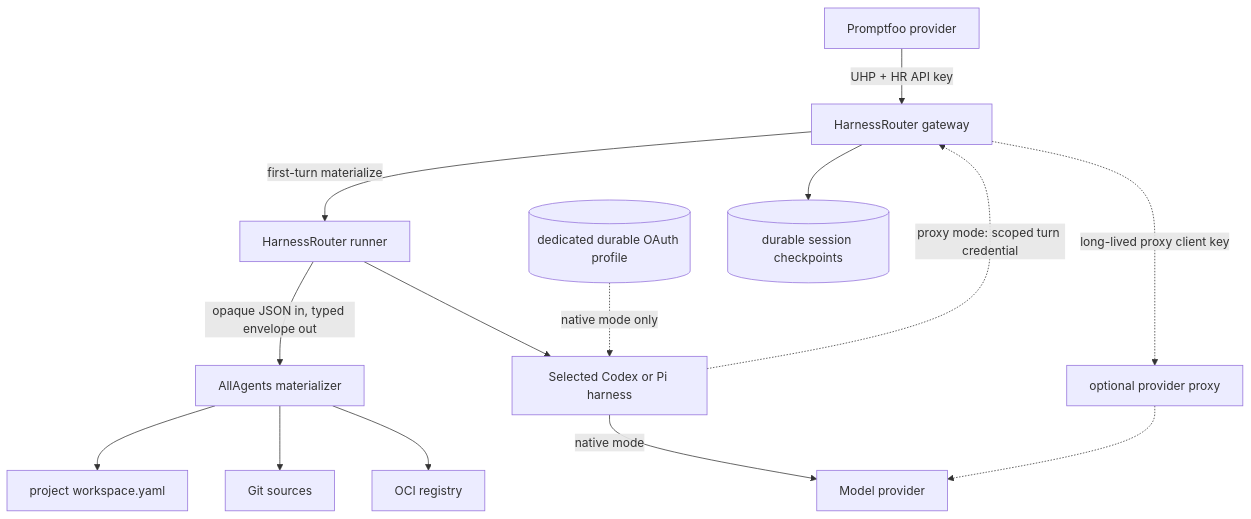
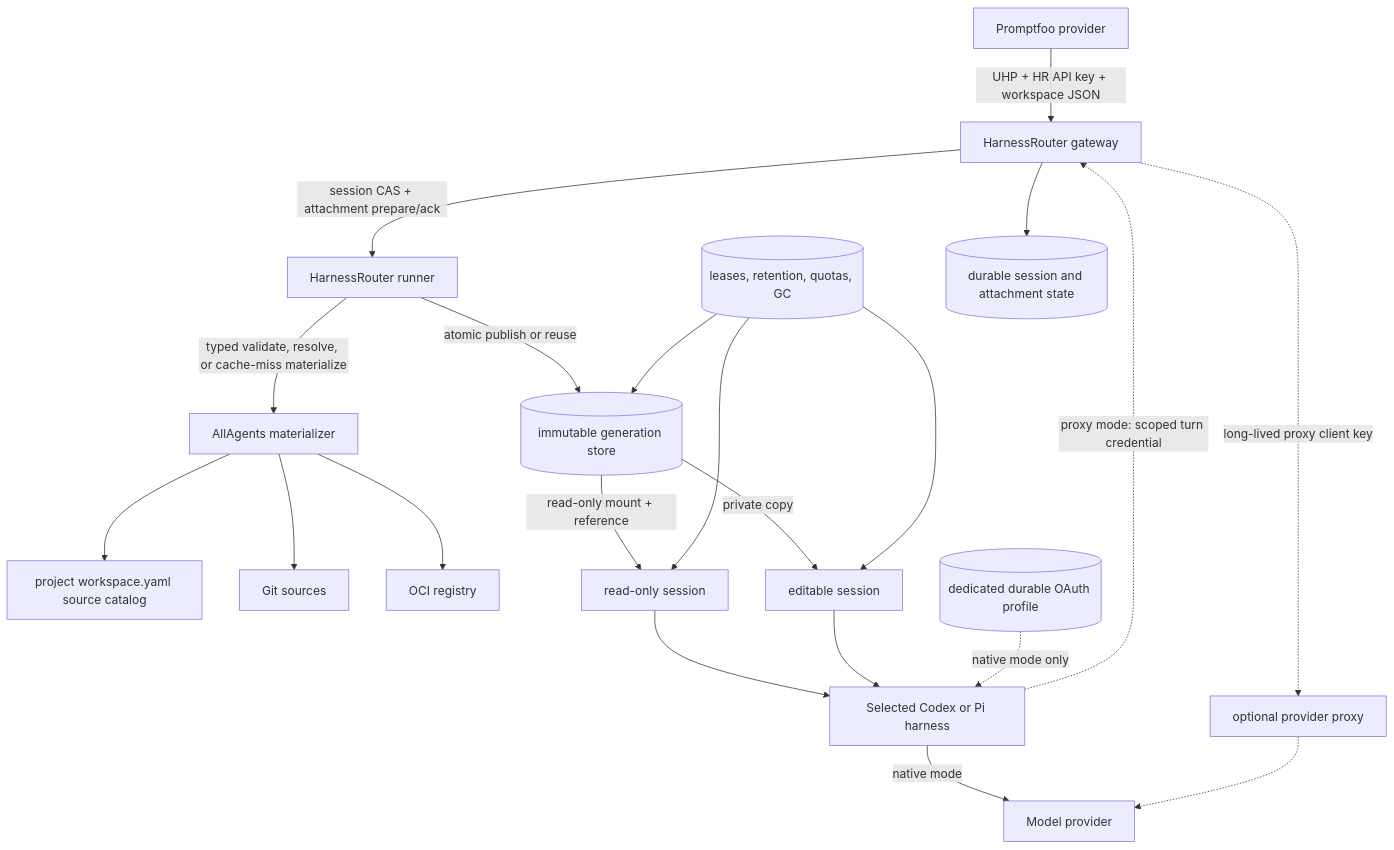
The diagram in docs/plans/2026-09-18-0837-feat-coding-execution-gateway-plan.md (allagentsdev/allagents), drawn with Mermaid before and after one commit. The commit also changed other lines of this file and 1 other file, not shown here.

Commit message:
docs(architecture): define shared workspace lifecycle

````diff
--- a/docs/plans/2026-09-18-0837-feat-coding-execution-gateway-plan.md
+++ b/docs/plans/2026-09-18-0837-feat-coding-execution-gateway-plan.md
@@ -743,16 +1128,23 @@
 ```mermaid
 flowchart TB
-  PF[Promptfoo provider] -->|UHP + HR API key| GW[HarnessRouter gateway]
-  GW -->|first-turn materialize| RUN[HarnessRouter runner]
-  RUN -->|opaque JSON in, typed envelope out| MAT[AllAgents materializer]
-  MAT --> CFG[project workspace.yaml]
+  PF[Promptfoo provider] -->|UHP + HR API key + workspace JSON| GW[HarnessRouter gateway]
+  GW -->|session CAS + attachment prepare/ack| RUN[HarnessRouter runner]
+  RUN -->|typed validate, resolve, or cache-miss materialize| MAT[AllAgents materializer]
+  MAT --> CFG[project workspace.yaml source catalog]
   MAT --> GIT[Git sources]
   MAT --> OCI[OCI registry]
-  RUN --> HARNESS[Selected Codex or Pi harness]
+  RUN -->|atomic publish or reuse| GEN[(immutable generation store)]
+  GEN -->|read-only mount + reference| RO[read-only session]
+  GEN -->|private copy| EDIT[editable session]
+  RO --> HARNESS[Selected Codex or Pi harness]
+  EDIT --> HARNESS
+  LIFE[(leases, retention, quotas, GC)] --> RO
+  LIFE --> EDIT
+  LIFE --> GEN
   AUTH[(dedicated durable OAuth profile)] -.->|native mode only| HARNESS
   HARNESS -->|native mode| MODEL[Model provider]
   HARNESS -.->|proxy mode: scoped turn credential| GW
   GW -.->|long-lived proxy client key| PROXY[optional provider proxy]
   PROXY -.-> MODEL
-  GW --> DATA[(durable session checkpoints)]
+  GW --> DATA[(durable session and attachment state)]
 ```
````
